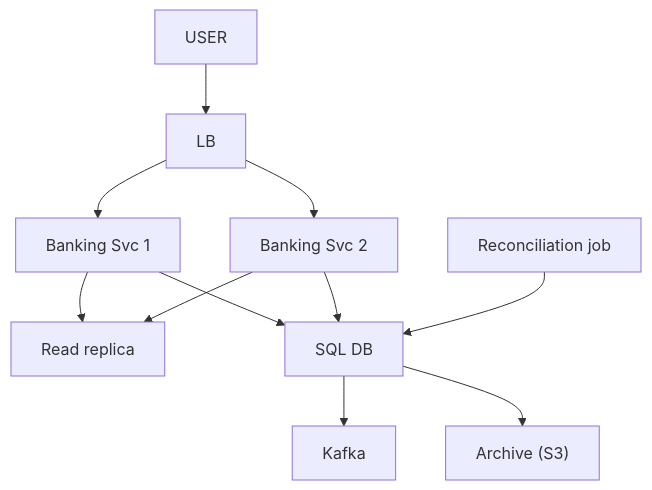
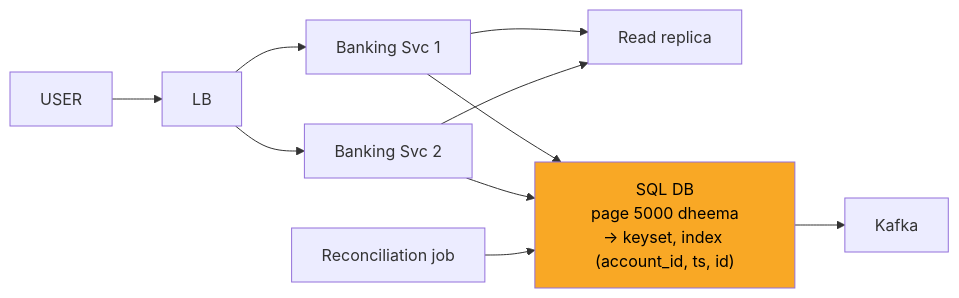
Before and after one commit to ArpanMaheshwari144/Prep: diagram 11 of 13 in 04_HLD/SYSTEM_DESIGNS/13_banking_system/13_banking_system.md, drawn with Mermaid. The commit also changed other lines of this file and 2 other files, not shown here.

Commit message:
docs, kafka, banking: one-day story, short cards, follow-ups with rules, highlighted diagrams

````diff
--- a/04_HLD/SYSTEM_DESIGNS/13_banking_system/13_banking_system.md
+++ b/04_HLD/SYSTEM_DESIGNS/13_banking_system/13_banking_system.md
@@ -394,22 +363,21 @@
 ```mermaid
-flowchart TD
+flowchart LR
     n_USER["USER"]
     n_LB["LB"]
-    n_Banking_Svc_x_N_1["Banking Svc 1"]
-    n_Banking_Svc_x_N_2["Banking Svc 2"]
-    n_Read_replica["Read replica"]
-    n_SQL_DB["SQL DB"]
-    n_Kafka["Kafka"]
-    n_Archive_S3["Archive (S3)"]
-    n_Reconciliation_job["Reconciliation job"]
+    n_S1["Banking Svc 1"]
+    n_S2["Banking Svc 2"]
+    n_RR["Read replica"]
+    n_DB["SQL DB<br/>page 5000 dheema<br/>-> keyset, index (account_id, ts, id)"]
+    n_K["Kafka"]
+    n_REC["Reconciliation job"]
     n_USER --> n_LB
-    n_LB --> n_Banking_Svc_x_N_1
-    n_LB --> n_Banking_Svc_x_N_2
-    n_Banking_Svc_x_N_1 --> n_Read_replica
-    n_Banking_Svc_x_N_2 --> n_Read_replica
-    n_Banking_Svc_x_N_1 --> n_SQL_DB
-    n_Banking_Svc_x_N_2 --> n_SQL_DB
-    n_SQL_DB --> n_Kafka
-    n_Reconciliation_job --> n_SQL_DB
-    n_SQL_DB --> n_Archive_S3
+    n_LB --> n_S1
+    n_LB --> n_S2
+    n_S1 --> n_RR
+    n_S2 --> n_RR
+    n_S1 --> n_DB
+    n_S2 --> n_DB
+    n_DB --> n_K
+    n_REC --> n_DB
+    style n_DB fill:#f9a825,color:#000
 ```
````
